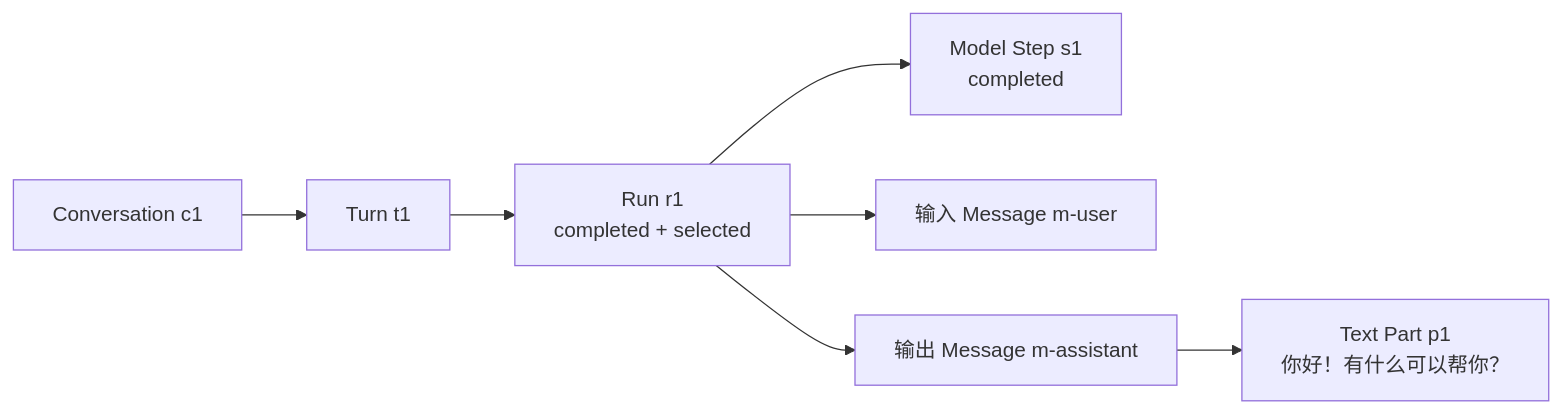
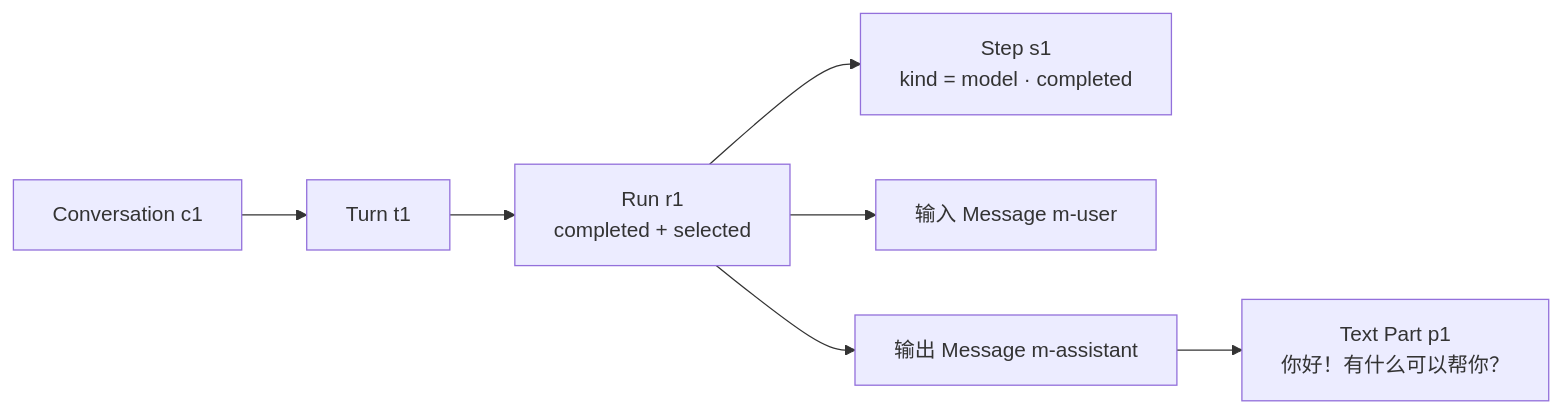
The second of 2 diagrams in docs-next/src/examples/completed-text-run.md (gene9831/tiny-robot), drawn with Mermaid before and after one commit. The commit also changed other lines of this file and 24 other files, not shown here.

````diff
--- a/docs-next/src/examples/completed-text-run.md
+++ b/docs-next/src/examples/completed-text-run.md
@@ -34,9 +36,9 @@
 ```mermaid
 flowchart LR
   C["Conversation c1"] --> T["Turn t1"]
   T --> R["Run r1<br/>completed + selected"]
-  R --> S["Model Step s1<br/>completed"]
+  R --> S["Step s1<br/>kind = model · completed"]
   R --> U["输入 Message m-user"]
   R --> A["输出 Message m-assistant"]
   A --> P["Text Part p1<br/>你好！有什么可以帮你？"]
 ```
````
